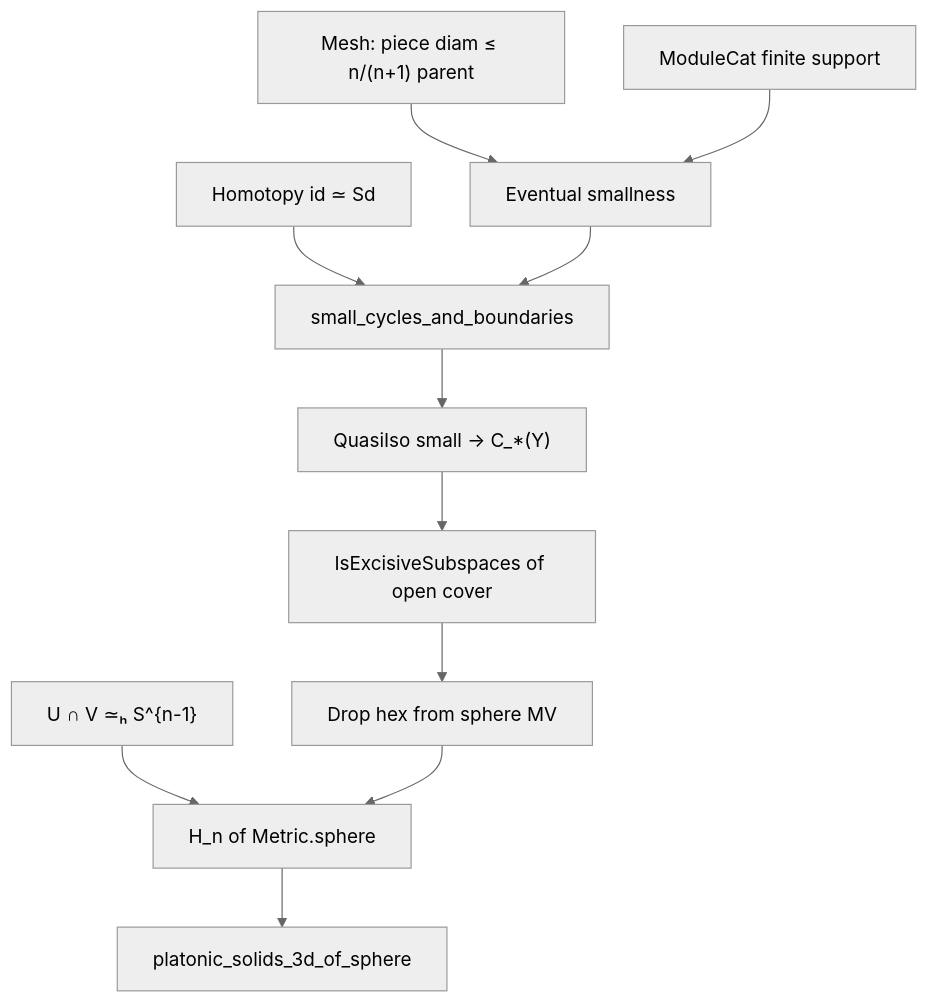
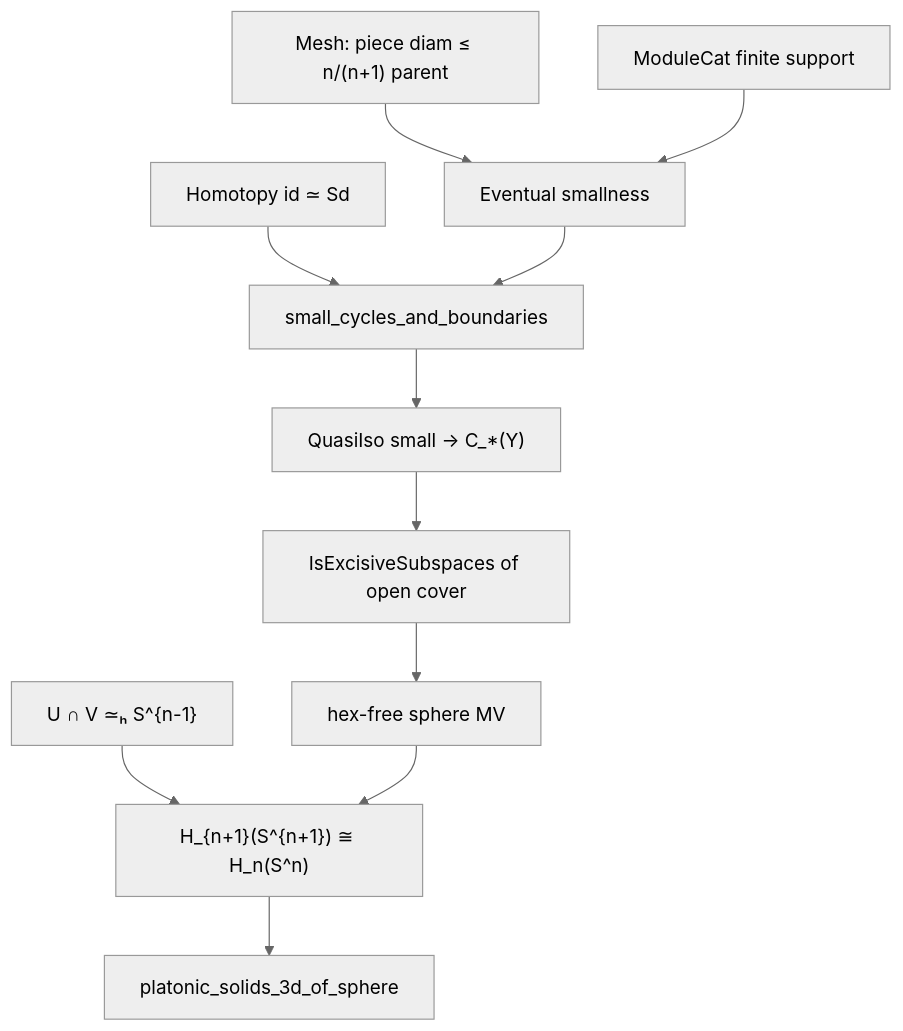
One commit to catskillsresearch/platonic-solids changed the diagram in figures/excision-pipeline.mmd. Above: the diagram before and after it, drawn with Mermaid. The commit also changed 19 other files, not shown here.

```diff
--- a/figures/excision-pipeline.mmd
+++ b/figures/excision-pipeline.mmd
@@ -1,23 +1,23 @@
 %%{init: {"theme": "neutral", "flowchart": {"htmlLabels": false, "curve": "basis"}}}%%
 flowchart TD
   Mesh["Mesh: piece diam ≤ n/(n+1) parent"]
   Hom["Homotopy id ≃ Sd"]
   Supp["ModuleCat finite support"]
   Ev["Eventual smallness"]
   Ret["small_cycles_and_boundaries"]
   QI["QuasiIso small → C_*(Y)"]
   Exc["IsExcisiveSubspaces of open cover"]
   Top["U ∩ V ≃ₕ S^{n-1}"]
-  Drop["Drop hex from sphere MV"]
-  Hn["H_n of Metric.sphere"]
+  Drop["hex-free sphere MV"]
+  Hn["H_{n+1}(S^{n+1}) ≅ H_n(S^n)"]
   Euler["platonic_solids_3d_of_sphere"]
   Mesh --> Ev
   Supp --> Ev
   Hom --> Ret
   Ev --> Ret
   Ret --> QI
   QI --> Exc
   Exc --> Drop
   Top --> Hn
   Drop --> Hn
   Hn --> Euler
```
